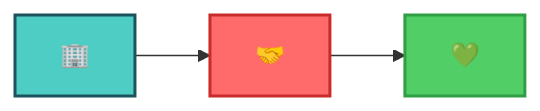
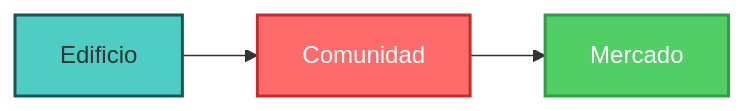
One commit to softv2ware/condomarket.api changed diagram 25 of 25 in app.spanish.md. Above: the diagram before and after it, drawn with Mermaid. The commit also changed other lines of this file, not shown here.

````diff
--- a/app.spanish.md
+++ b/app.spanish.md
@@ -1200,9 +1214,9 @@
 ```mermaid
 graph LR
-    A[🏢] --> B[🤝]
-    B --> C[💚]
+    A[Edificio] --> B[Comunidad]
+    B --> C[Mercado]
     
     style A fill:#4ECDC4,stroke:#1A535C,stroke-width:2px
     style B fill:#FF6B6B,stroke:#C92A2A,stroke-width:2px,color:#fff
     style C fill:#51CF66,stroke:#2F9E44,stroke-width:2px,color:#fff
 ```
````
